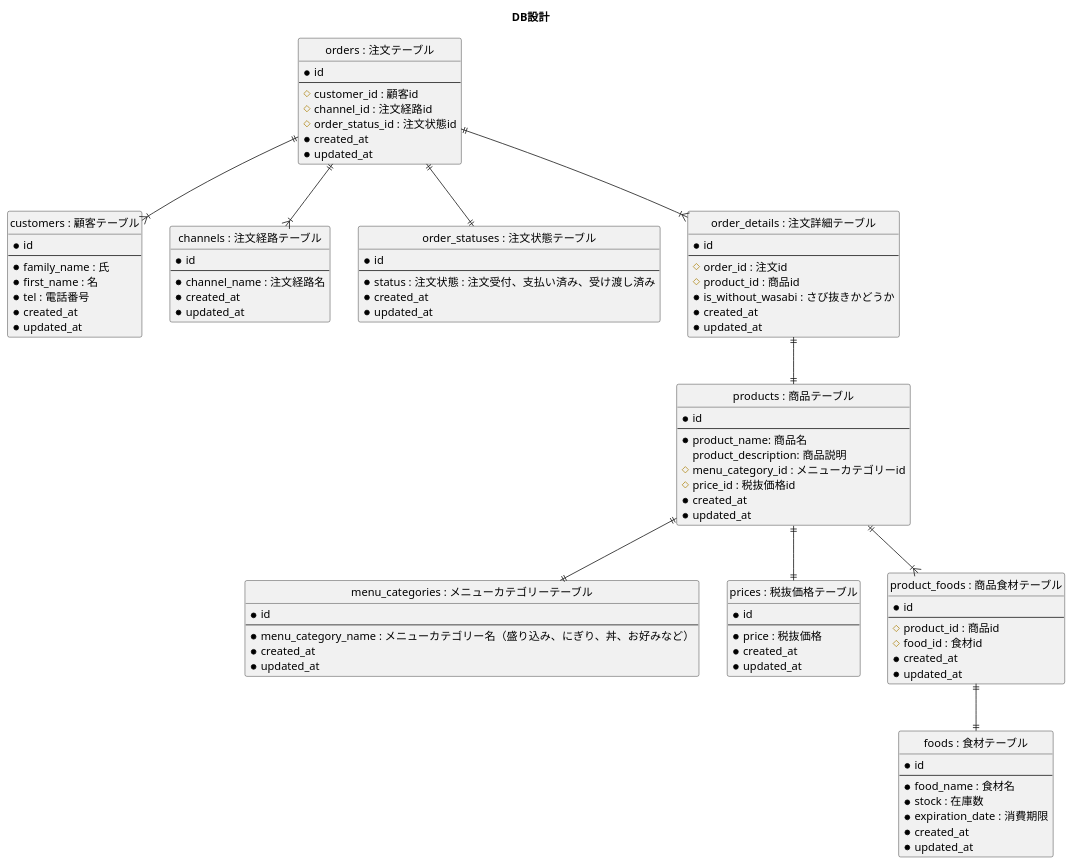
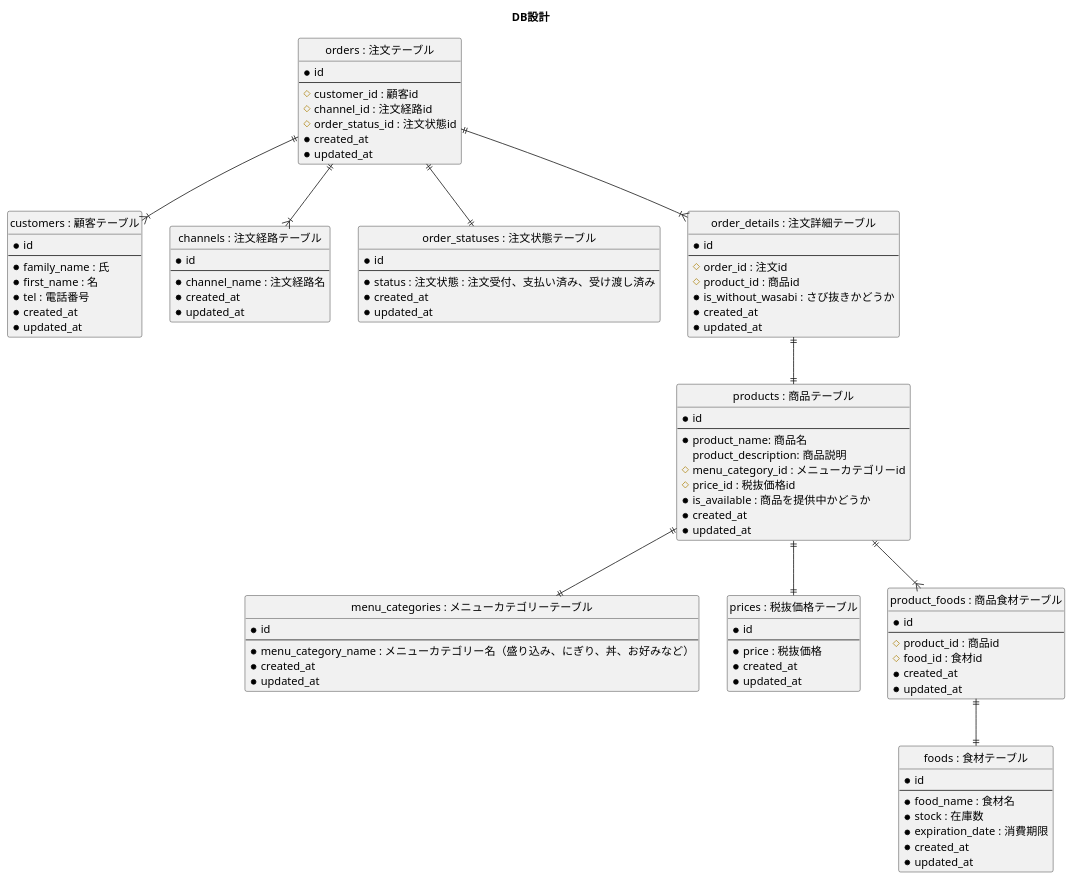
The diagram in RSnHzWhxTB705z/01_データベース設計/01_DBモデリング1/01_01_01_er_diagram.puml (praha-inc/praha-challenge-7), drawn with PlantUML before and after one commit. The commit also changed 5 other files, not shown here.

```diff
--- a/RSnHzWhxTB705z/01_データベース設計/01_DBモデリング1/01_01_01_er_diagram.puml
+++ b/RSnHzWhxTB705z/01_データベース設計/01_DBモデリング1/01_01_01_er_diagram.puml
@@ -1,110 +1,111 @@
 @startuml
 
 ' hide the spot
 hide circle
 
 title DB設計
 
 entity "orders : 注文テーブル" as orders {
   *id
   --
   #customer_id : 顧客id
   #channel_id : 注文経路id
   #order_status_id : 注文状態id
   *created_at
   *updated_at
 }
 
 entity "customers : 顧客テーブル" as customers {
   *id
   --
   *family_name : 氏
   *first_name : 名
   *tel : 電話番号
   *created_at
   *updated_at
 }
 
 entity "channels : 注文経路テーブル" as channels {
   *id
   --
   *channel_name : 注文経路名
   *created_at
   *updated_at
 }
 
 entity "order_statuses : 注文状態テーブル" as order_statuses {
   *id
   --
   *status : 注文状態 : 注文受付、支払い済み、受け渡し済み
   *created_at
   *updated_at
 }
 
 entity "order_details : 注文詳細テーブル" as order_details {
   *id
   --
   #order_id : 注文id
   #product_id : 商品id
   *is_without_wasabi : さび抜きかどうか
   *created_at
   *updated_at
 }
 
 entity "products : 商品テーブル" as products {
   *id
   --
   *product_name: 商品名
   product_description: 商品説明
   #menu_category_id : メニューカテゴリーid
   #price_id : 税抜価格id
+  *is_available : 商品を提供中かどうか
   *created_at
   *updated_at
 }
 
 entity "menu_categories : メニューカテゴリーテーブル" as menu_categories {
   *id
   --
   *menu_category_name : メニューカテゴリー名（盛り込み、にぎり、丼、お好みなど）
   *created_at
   *updated_at
 }
 
 entity "prices : 税抜価格テーブル" as prices {
   *id
   --
   *price : 税抜価格
   *created_at
   *updated_at
 }
 
 entity "product_foods : 商品食材テーブル" as product_foods {
   *id
   --
   #product_id : 商品id
   #food_id : 食材id
   *created_at
   *updated_at
 }
 
 entity "foods : 食材テーブル" as foods {
   *id
   --
   *food_name : 食材名
   *stock : 在庫数
   *expiration_date : 消費期限
   *created_at
   *updated_at
 }
 
 orders ||--|{ customers
 orders ||--|{ channels
 orders ||--|| order_statuses
 orders ||--|{ order_details
 order_details ||--|| products
 products ||--|| menu_categories
 products ||--|| prices
 products ||--|{ product_foods
 product_foods ||--|| foods
 
 @enduml
```
